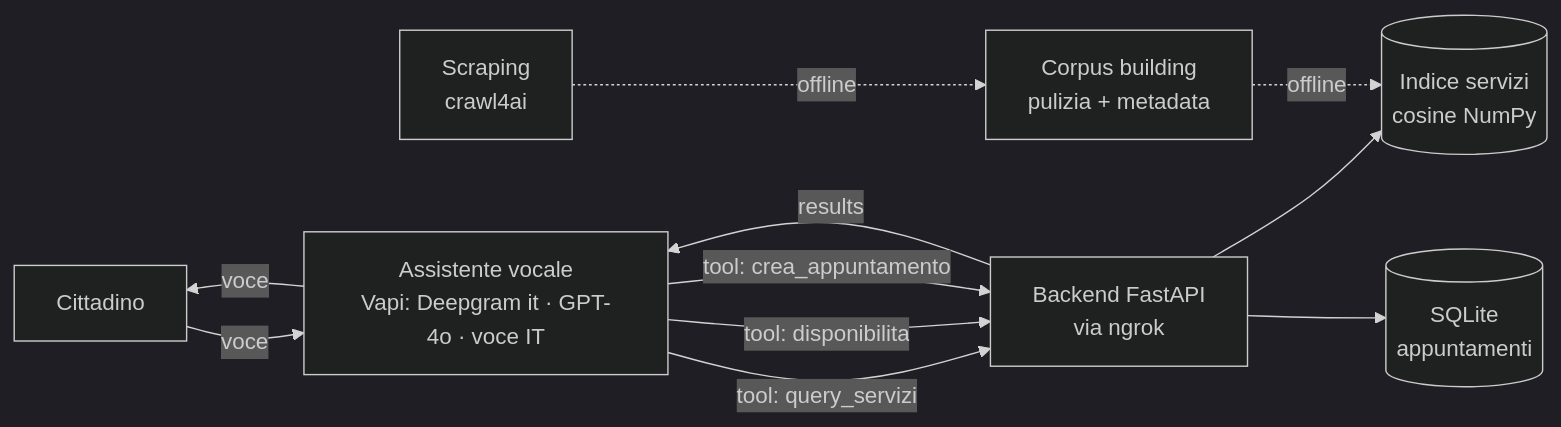
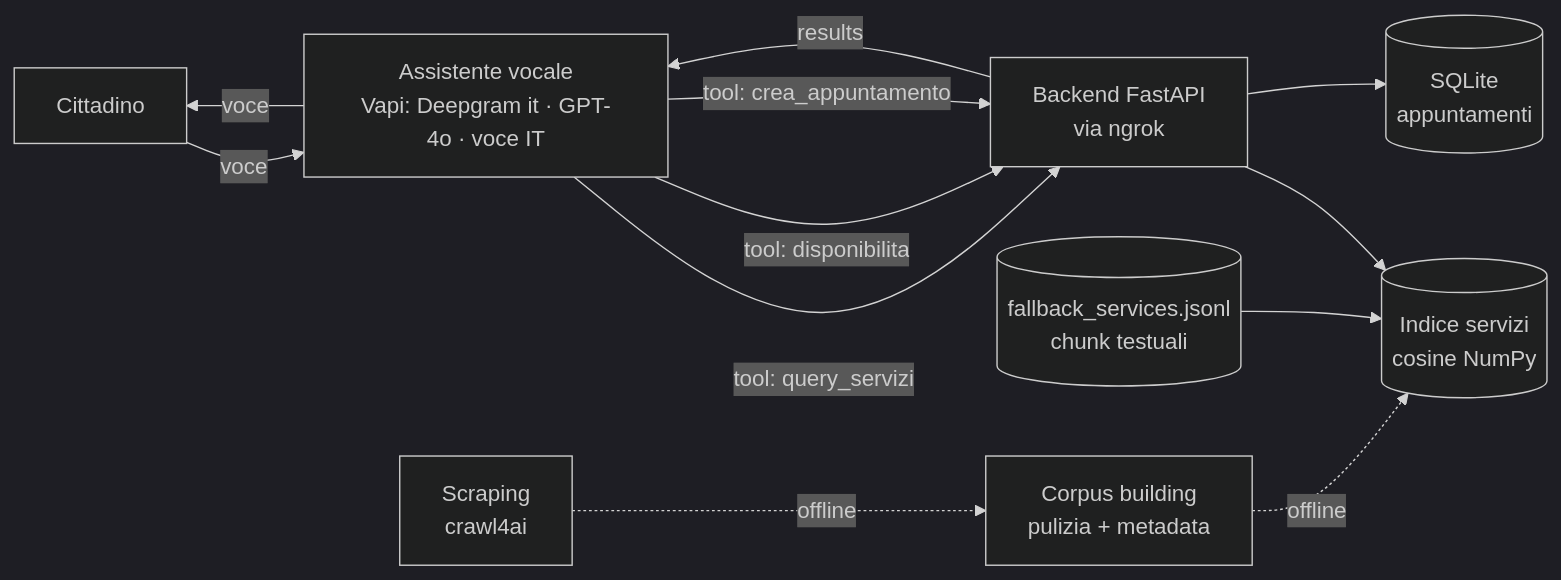
Before and after one commit to Kieff90/Voicebot-PY: the first of 2 diagrams in docs/BLUEPRINT.md, drawn with Mermaid (dark theme). The commit also changed other lines of this file and 8 other files, not shown here.

````diff
--- a/docs/BLUEPRINT.md
+++ b/docs/BLUEPRINT.md
@@ -25,13 +25,15 @@
 ```mermaid
 flowchart LR
   C[Cittadino] -- voce --> V[Assistente vocale<br/>Vapi: Deepgram it · GPT-4o · voce IT]
   V -- voce --> C
   V -- tool: query_servizi --> B[Backend FastAPI<br/>via ngrok]
   V -- tool: disponibilita --> B
   V -- tool: crea_appuntamento --> B
   B -- results --> V
   B --> R[(Indice servizi<br/>cosine NumPy)]
   B --> D[(SQLite<br/>appuntamenti)]
+  FS[(fallback_services.jsonl<br/>chunk testuali)]
+  FS --> R
   SC[Scraping<br/>crawl4ai] -. offline .-> CB[Corpus building<br/>pulizia + metadata]
   CB -. offline .-> R
 ```
````
